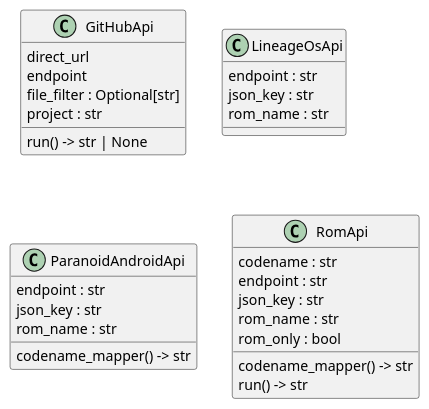
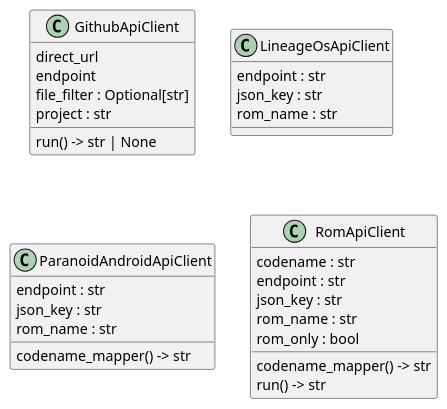
One commit to seppzer0/zero_kernel changed the diagram in docs/architecture/clients/classes.puml. Above: the diagram before and after it, drawn with PlantUML. The commit also changed 10 other files, not shown here.

```diff
--- a/docs/architecture/clients/classes.puml
+++ b/docs/architecture/clients/classes.puml
@@ -1,30 +1,30 @@
 @startuml classes
 set namespaceSeparator none
-class "GitHubApi" as clients.github.GitHubApi {
+class "GithubApiClient" as clients.github.GithubApiClient {
   direct_url
   endpoint
   file_filter : Optional[str]
   project : str
   run() -> str | None
 }
-class "LineageOsApi" as clients.los.LineageOsApi {
+class "LineageOsApiClient" as clients.los.LineageOsApiClient {
   endpoint : str
   json_key : str
   rom_name : str
 }
-class "ParanoidAndroidApi" as clients.pa.ParanoidAndroidApi {
+class "ParanoidAndroidApiClient" as clients.pa.ParanoidAndroidApiClient {
   endpoint : str
   json_key : str
   rom_name : str
   codename_mapper() -> str
 }
-class "RomApi" as clients.rom_api.RomApi {
+class "RomApiClient" as clients.rom_api.RomApiClient {
   codename : str
   endpoint : str
   json_key : str
   rom_name : str
   rom_only : bool
   codename_mapper() -> str
   run() -> str
 }
 @enduml
```
